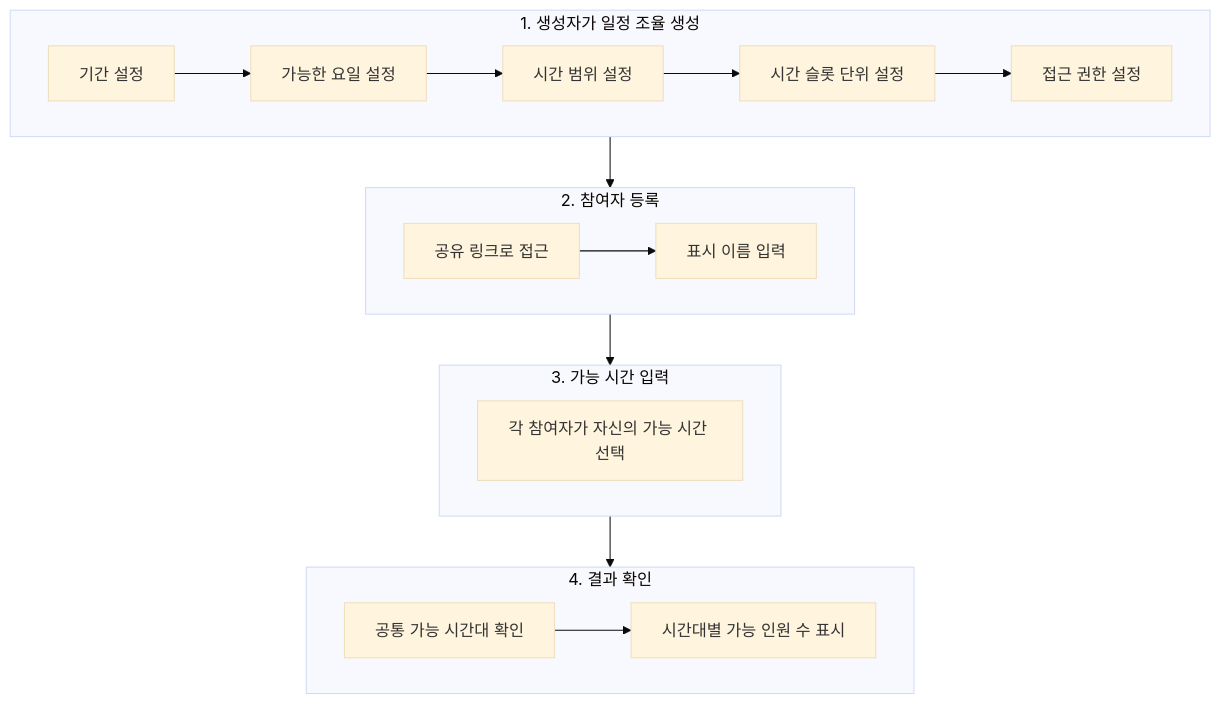
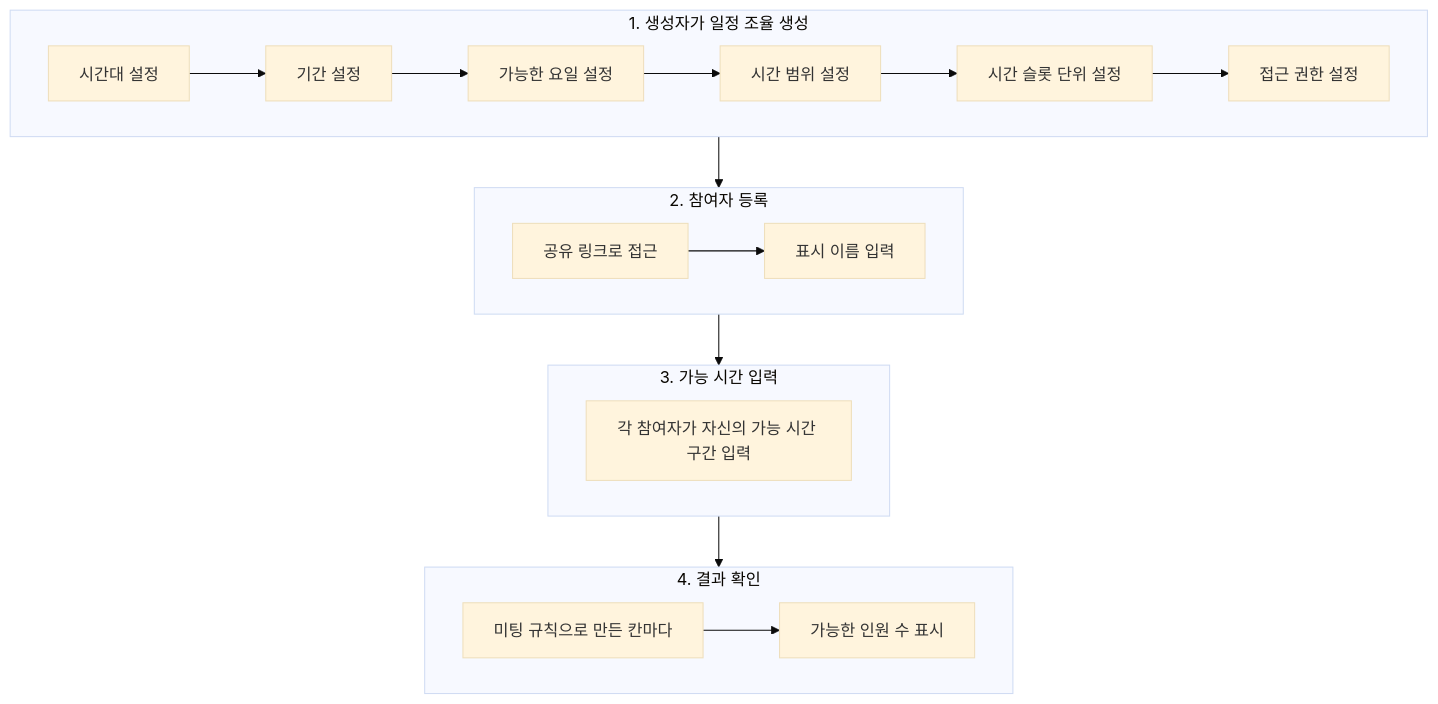
One commit to onprem-hipster-timer/backend changed the diagram in docs/guides/meeting.ko.md. Above: the diagram before and after it, drawn with Mermaid (base theme). The commit also changed other lines of this file and 2 other files, not shown here.

Commit message:
docs(meeting): 미팅 시간대, 반열린 구간, 가능 시간 구간과 결과 칸을 문서와 CHANGELOG에 반영한다

````diff
--- a/docs/guides/meeting.ko.md
+++ b/docs/guides/meeting.ko.md
@@ -11,23 +11,24 @@
 ```mermaid
 flowchart TD
     subgraph step1["1. 생성자가 일정 조율 생성"]
-        A1[기간 설정] --> A2[가능한 요일 설정]
+        A0[시간대 설정] --> A1[기간 설정]
+        A1 --> A2[가능한 요일 설정]
         A2 --> A3[시간 범위 설정]
         A3 --> A4[시간 슬롯 단위 설정]
         A4 --> A5[접근 권한 설정]
     end
 
     subgraph step2["2. 참여자 등록"]
         B1[공유 링크로 접근] --> B2[표시 이름 입력]
     end
 
     subgraph step3["3. 가능 시간 입력"]
-        C1[각 참여자가 자신의 가능 시간 선택]
+        C1[각 참여자가 자신의 가능 시간 구간 입력]
     end
 
     subgraph step4["4. 결과 확인"]
-        D1[공통 가능 시간대 확인] --> D2[시간대별 가능 인원 수 표시]
+        D1[미팅 규칙으로 만든 칸마다] --> D2[가능한 인원 수 표시]
     end
 
     step1 --> step2 --> step3 --> step4
 ```
````
